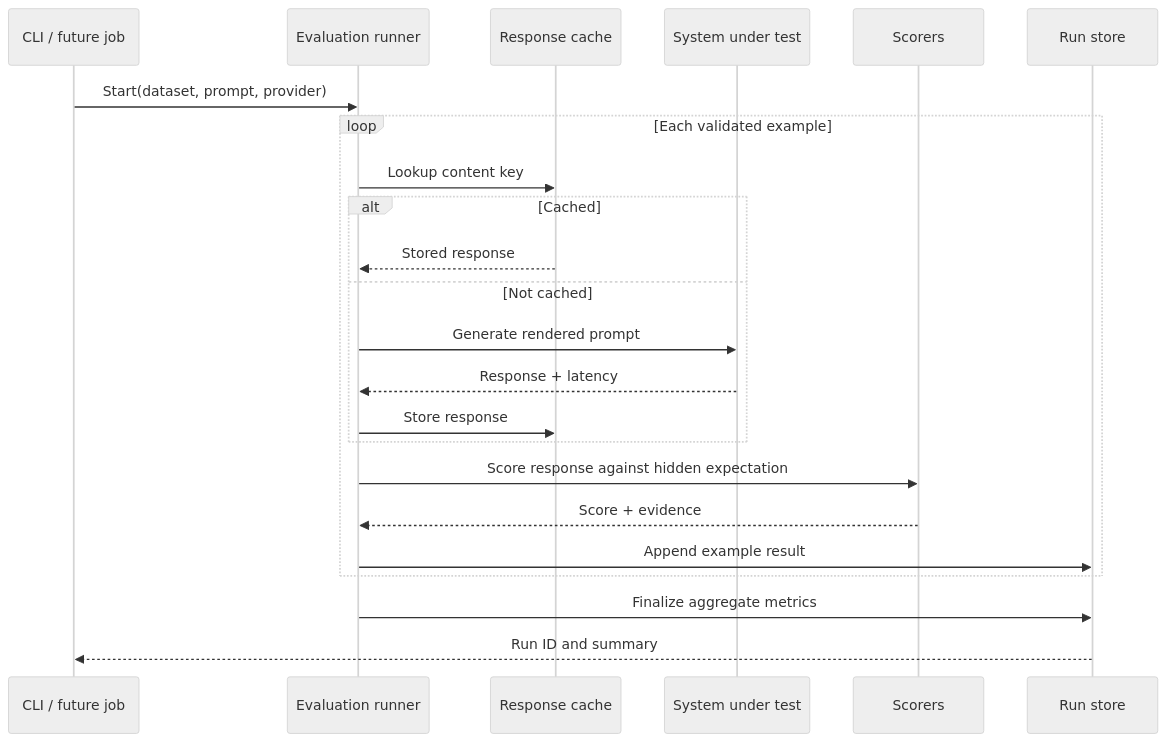
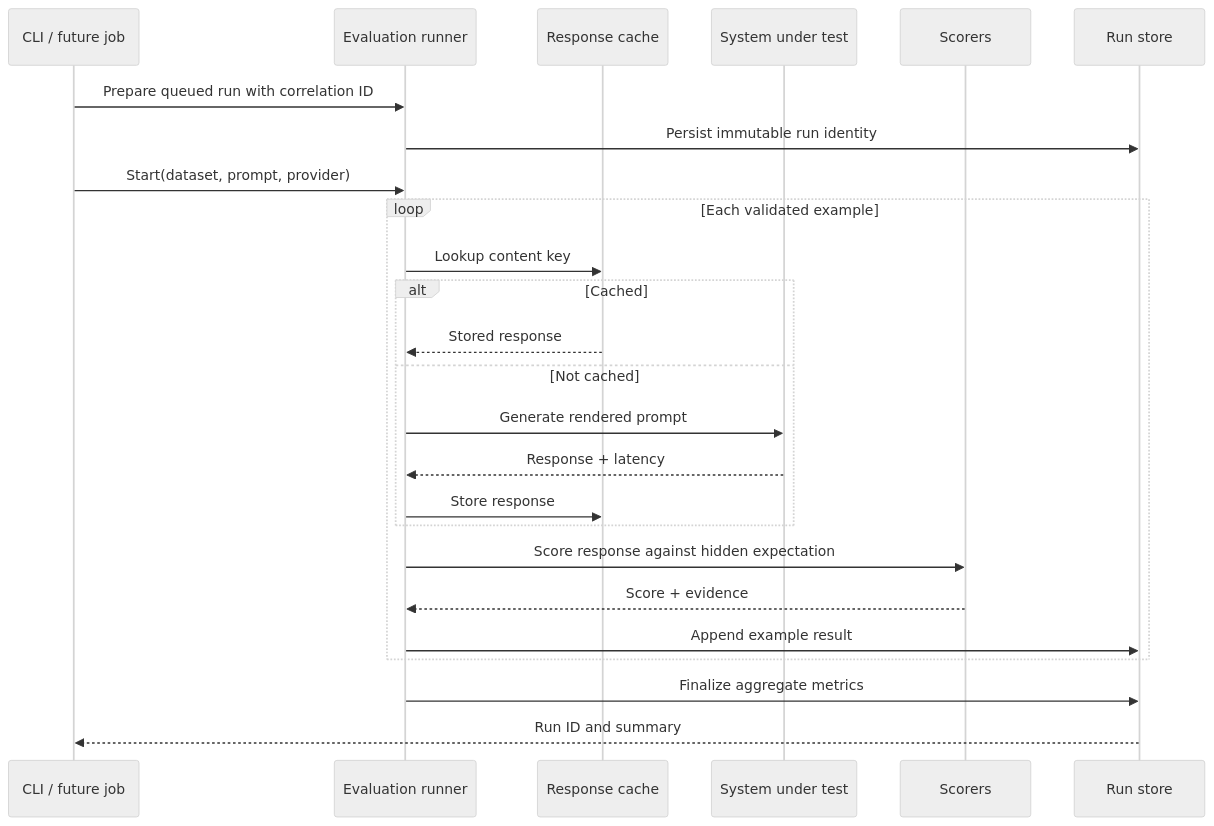
Before and after one commit to Sujay1709/evalbench-ai: the second of 3 diagrams in README.md, drawn with Mermaid (neutral theme). The commit also changed other lines of this file and 11 other files, not shown here.

````diff
--- a/README.md
+++ b/README.md
@@ -76,26 +77,28 @@
 ```mermaid
 sequenceDiagram
     participant User as CLI / future job
     participant Runner as Evaluation runner
     participant Cache as Response cache
     participant Provider as System under test
     participant Scorer as Scorers
     participant Store as Run store
 
+    User->>Runner: Prepare queued run with correlation ID
+    Runner->>Store: Persist immutable run identity
     User->>Runner: Start(dataset, prompt, provider)
     loop Each validated example
         Runner->>Cache: Lookup content key
         alt Cached
             Cache-->>Runner: Stored response
         else Not cached
             Runner->>Provider: Generate rendered prompt
             Provider-->>Runner: Response + latency
             Runner->>Cache: Store response
         end
         Runner->>Scorer: Score response against hidden expectation
         Scorer-->>Runner: Score + evidence
         Runner->>Store: Append example result
     end
     Runner->>Store: Finalize aggregate metrics
     Store-->>User: Run ID and summary
 ```
````
